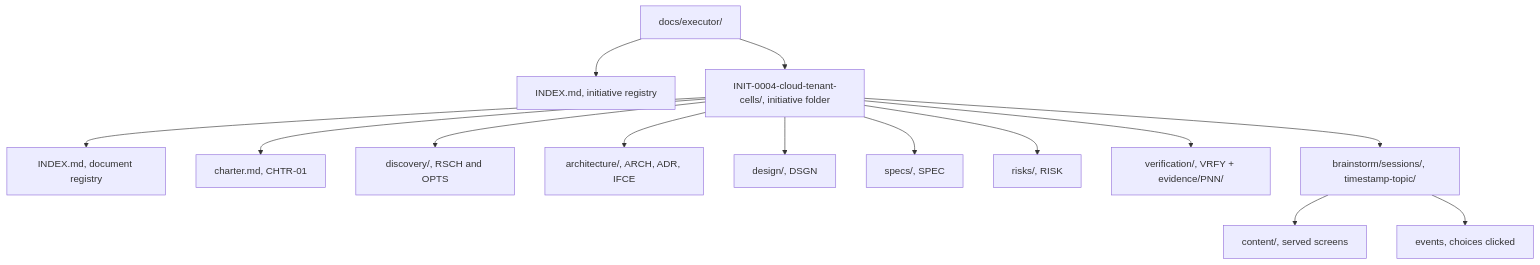
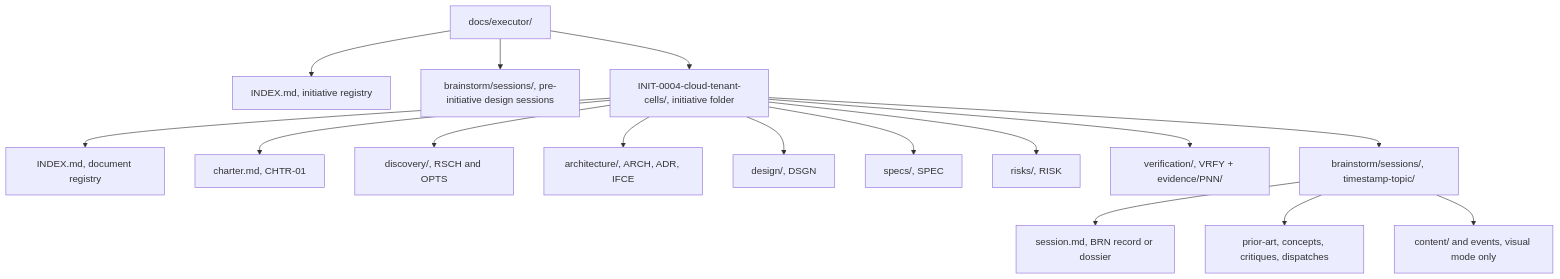
Before and after one commit to Atri10/executor: the first of 6 diagrams in skills/executor/references/layout.md, drawn with Mermaid. The commit also changed other lines of this file and 35 other files, not shown here.

````diff
--- a/skills/executor/references/layout.md
+++ b/skills/executor/references/layout.md
@@ -8,16 +8,18 @@
 ```mermaid
 flowchart TB
     ROOT["docs/executor/"] --> REG["INDEX.md, initiative registry"]
+    ROOT --> PRE["brainstorm/sessions/, pre-initiative design sessions"]
     ROOT --> INIT["INIT-0004-cloud-tenant-cells/, initiative folder"]
     INIT --> IREG["INDEX.md, document registry"]
     INIT --> CH["charter.md, CHTR-01"]
     INIT --> DISC["discovery/, RSCH and OPTS"]
     INIT --> ARCH["architecture/, ARCH, ADR, IFCE"]
     INIT --> DESIGN["design/, DSGN"]
     INIT --> SPECS["specs/, SPEC"]
     INIT --> RISKS["risks/, RISK"]
     INIT --> VERIFY["verification/, VRFY + evidence/PNN/"]
     INIT --> BRAIN["brainstorm/sessions/, timestamp-topic/"]
-    BRAIN --> CONTENT["content/, served screens"]
-    BRAIN --> EVENTS["events, choices clicked"]
+    BRAIN --> REC["session.md, BRN record or dossier"]
+    BRAIN --> WORK["prior-art, concepts, critiques, dispatches"]
+    BRAIN --> CONTENT["content/ and events, visual mode only"]
 ```
````
